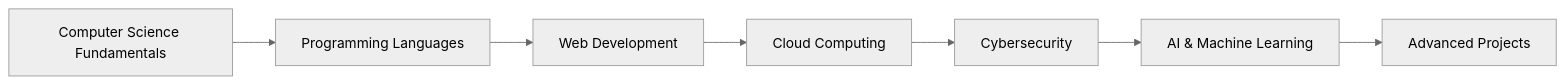
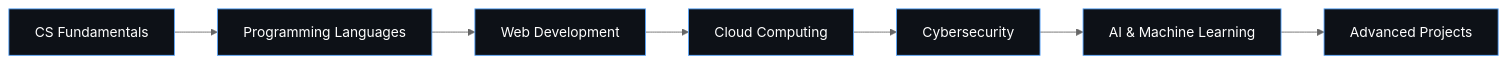
One commit to Kondareddy1209/Kondareddy1209 changed the diagram in README.md. Above: the diagram before and after it, drawn with Mermaid (neutral theme). The commit also changed other lines of this file, not shown here.

````diff
--- a/README.md
+++ b/README.md
@@ -36,9 +51,17 @@
 ```mermaid
 graph LR
-    A[Computer Science Fundamentals] --> B[Programming Languages]
+    A[CS Fundamentals] --> B[Programming Languages]
     B --> C[Web Development]
     C --> D[Cloud Computing]
     D --> E[Cybersecurity]
     E --> F[AI & Machine Learning]
     F --> G[Advanced Projects]
+
+    style A fill:#0d1117,stroke:#58A6FF,color:#fff
+    style B fill:#0d1117,stroke:#58A6FF,color:#fff
+    style C fill:#0d1117,stroke:#58A6FF,color:#fff
+    style D fill:#0d1117,stroke:#58A6FF,color:#fff
+    style E fill:#0d1117,stroke:#58A6FF,color:#fff
+    style F fill:#0d1117,stroke:#58A6FF,color:#fff
+    style G fill:#0d1117,stroke:#58A6FF,color:#fff
 ```
````
